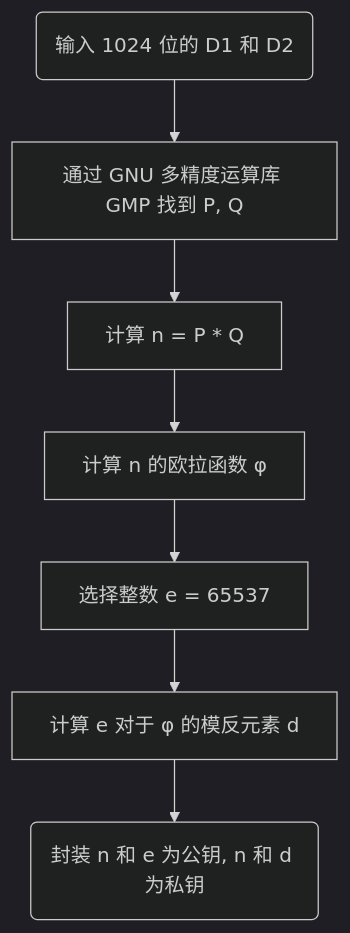
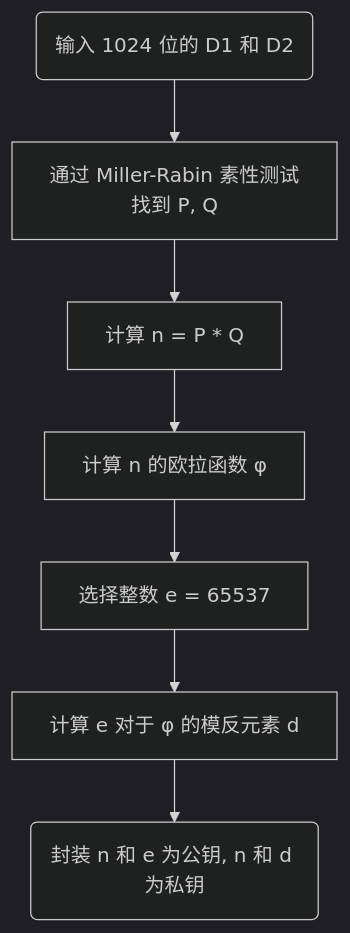
Before and after one commit to CharlesChen0514/CryptographyProgramming: the first of 4 diagrams in design/seq.md, drawn with Mermaid (dark theme). The commit also changed other lines of this file and 3 other files, not shown here.

````diff
--- a/design/seq.md
+++ b/design/seq.md
@@ -47,9 +47,9 @@
 ```mermaid
 graph TD
-A(输入 1024 位的 D1 和 D2)-->B[通过 GNU 多精度运算库 GMP 找到 P, Q]
+A(输入 1024 位的 D1 和 D2)-->B[通过 Miller-Rabin 素性测试找到 P, Q]
 B-->C[计算 n = P * Q]
 C-->D[计算 n 的欧拉函数 φ]
 D-->E[选择整数 e = 65537]
 E-->F[计算 e 对于 φ 的模反元素 d]
 F-->G(封装 n 和 e 为公钥, n 和 d 为私钥)
 ```
````
